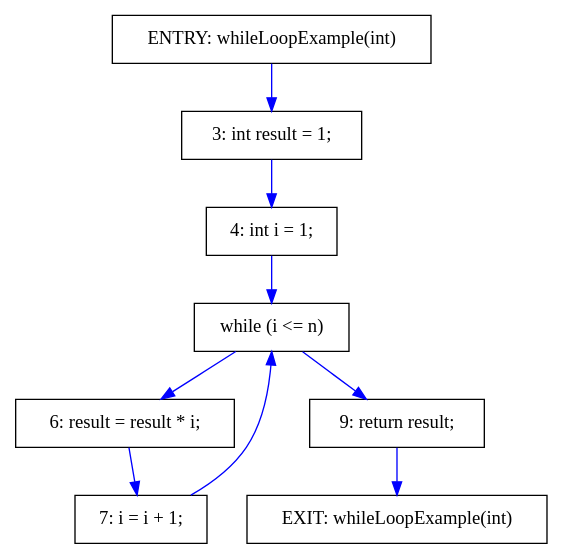
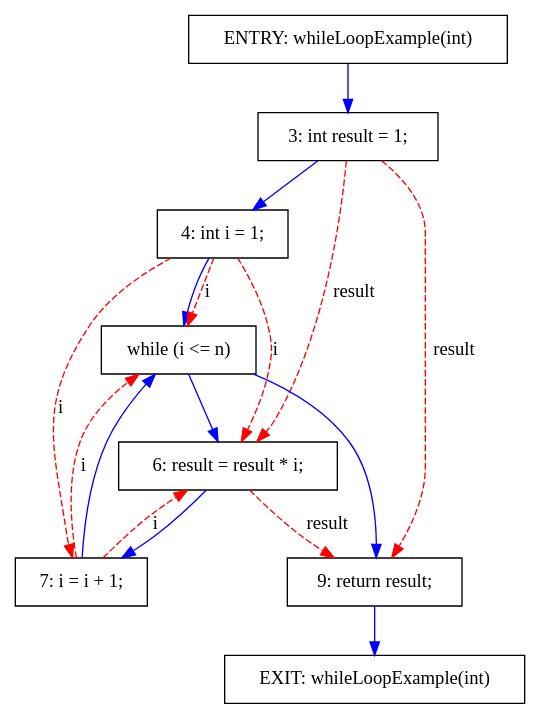
Before and after one commit to khaser/java-pdg: the diagram in results/WhileLoopExample.dot, drawn with Graphviz. The commit also changed 19 other files, not shown here.

```diff
--- a/results/WhileLoopExample.dot
+++ b/results/WhileLoopExample.dot
@@ -1,22 +1,30 @@
 digraph PDG {
   rankdir=TB;
   node [shape=box];
 
   node0 [label="ENTRY: whileLoopExample(int)"];
   node1 [label="EXIT: whileLoopExample(int)"];
   node2 [label="3: int result = 1;"];
   node3 [label="4: int i = 1;"];
   node4 [label="while (i <= n)"];
   node5 [label="6: result = result * i;"];
   node6 [label="7: i = i + 1;"];
   node7 [label="9: return result;"];
 
   node4 -> node5 [label="", color=blue];
   node0 -> node2 [label="", color=blue];
   node2 -> node3 [label="", color=blue];
   node3 -> node4 [label="", color=blue];
   node4 -> node7 [label="", color=blue];
   node5 -> node6 [label="", color=blue];
   node6 -> node4 [label="", color=blue];
   node7 -> node1 [label="", color=blue];
+  node2 -> node5 [label="result", color=red, style=dashed];
+  node2 -> node7 [label="result", color=red, style=dashed];
+  node5 -> node7 [label="result", color=red, style=dashed];
+  node3 -> node4 [label="i", color=red, style=dashed];
+  node3 -> node5 [label="i", color=red, style=dashed];
+  node3 -> node6 [label="i", color=red, style=dashed];
+  node6 -> node4 [label="i", color=red, style=dashed];
+  node6 -> node5 [label="i", color=red, style=dashed];
 }
```
